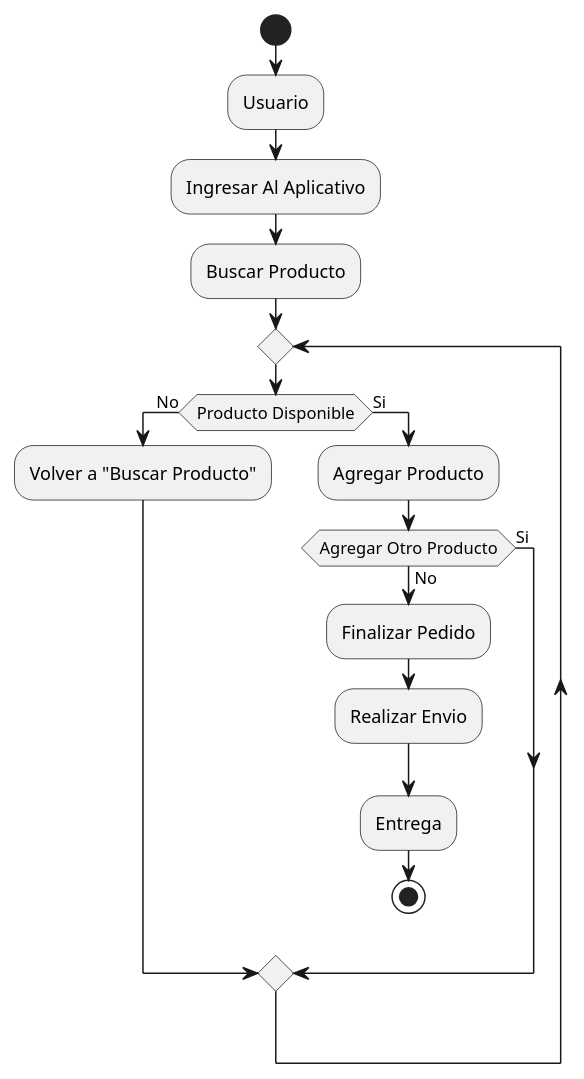
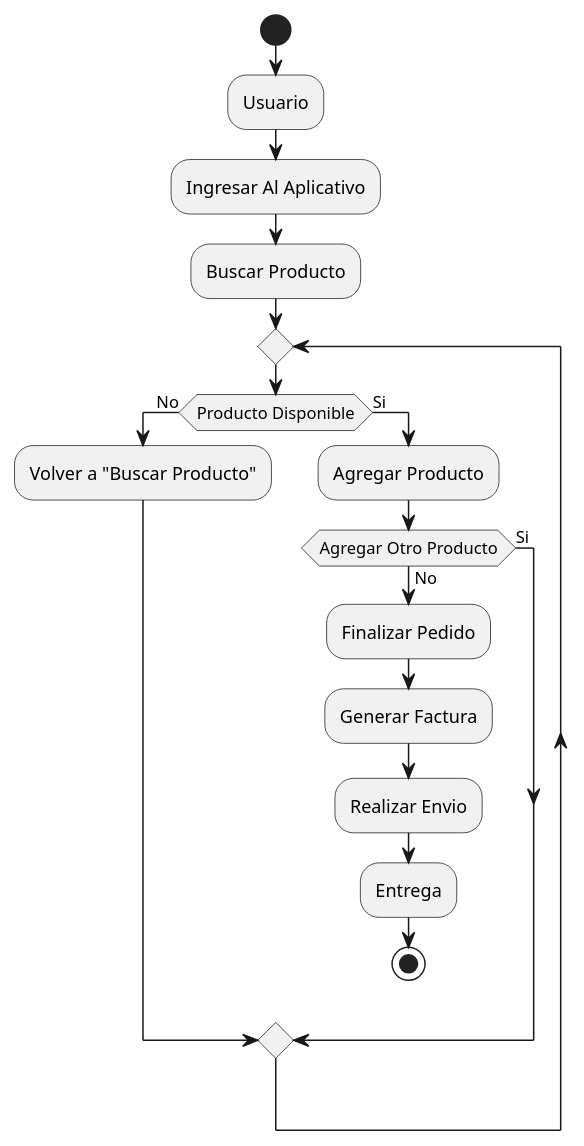
One commit to jonnycanabal/tienda-web-backend changed the diagram in diagramas-tienda-web/diagrama_de_actividad.puml. Above: the diagram before and after it, drawn with PlantUML. The commit also changed 8 other files, not shown here.

Commit message:
Actualizacino diagramas UML

```diff
--- a/diagramas-tienda-web/diagrama_de_actividad.puml
+++ b/diagramas-tienda-web/diagrama_de_actividad.puml
@@ -1,19 +1,20 @@
 @startuml tienda-web
 start
 
 :Usuario;
 :Ingresar Al Aplicativo;
 :Buscar Producto;
     repeat
     if (Producto Disponible) then (No)
         :Volver a "Buscar Producto";
     else (Si)
     :Agregar Producto;
     if (Agregar Otro Producto) then (Si)
     else(No)
 :Finalizar Pedido;
+:Generar Factura;
 :Realizar Envio;
 :Entrega;
 
 stop
 @enduml
```
